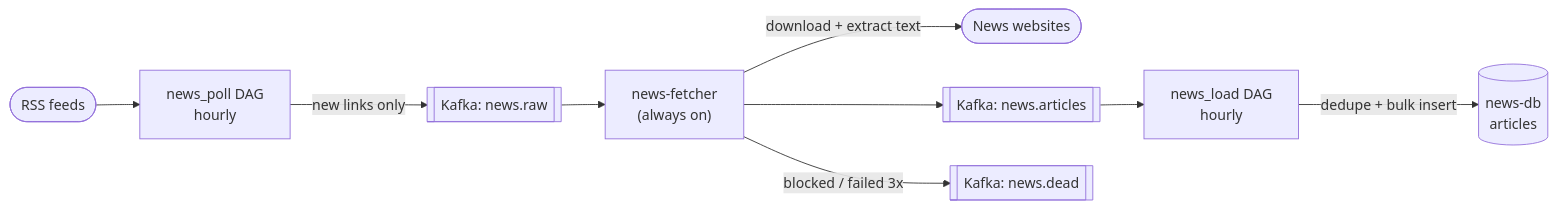
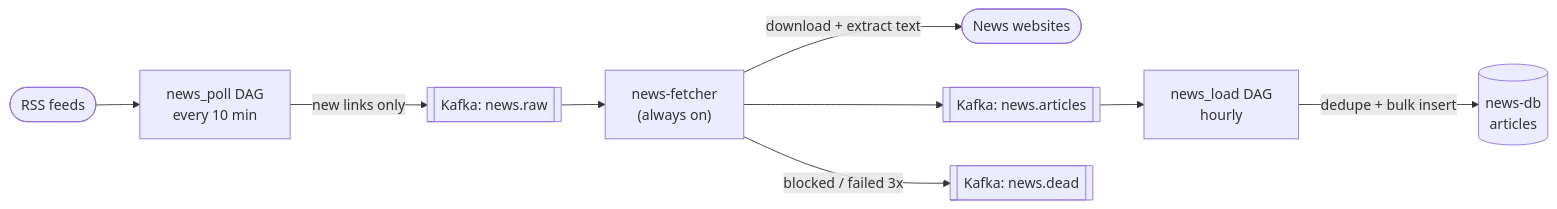
Before and after one commit to shsaurav13/airflow-docker: the third of 3 diagrams in README.md, drawn with Mermaid. The commit also changed 1 other file, not shown here.

Commit message:
news_poll: run every 10 minutes

````diff
--- a/README.md
+++ b/README.md
@@ -170,11 +170,11 @@
 ```mermaid
 flowchart LR
-    feeds([RSS feeds]) --> poll["news_poll DAG<br/>hourly"]
+    feeds([RSS feeds]) --> poll["news_poll DAG<br/>every 10 min"]
     poll -->|new links only| raw[["Kafka: news.raw"]]
     raw --> fetcher["news-fetcher<br/>(always on)"]
     fetcher -->|download + extract text| sites([News websites])
     fetcher --> articles[["Kafka: news.articles"]]
     fetcher -->|blocked / failed 3x| dead[["Kafka: news.dead"]]
     articles --> load["news_load DAG<br/>hourly"]
     load -->|dedupe + bulk insert| pg[("news-db<br/>articles")]
 ```
````
